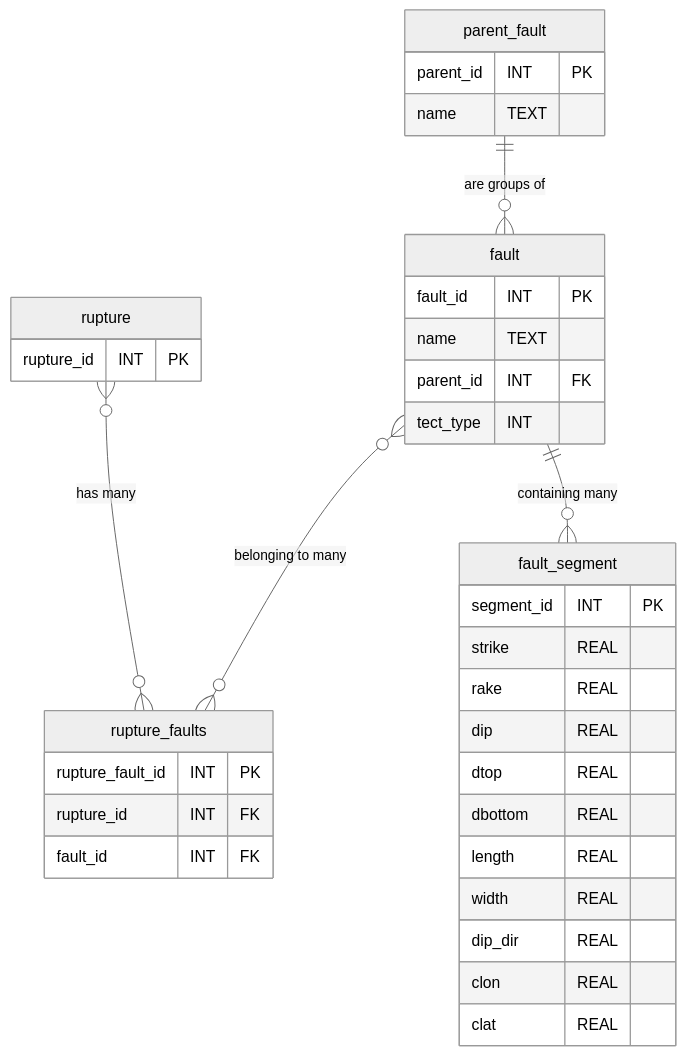
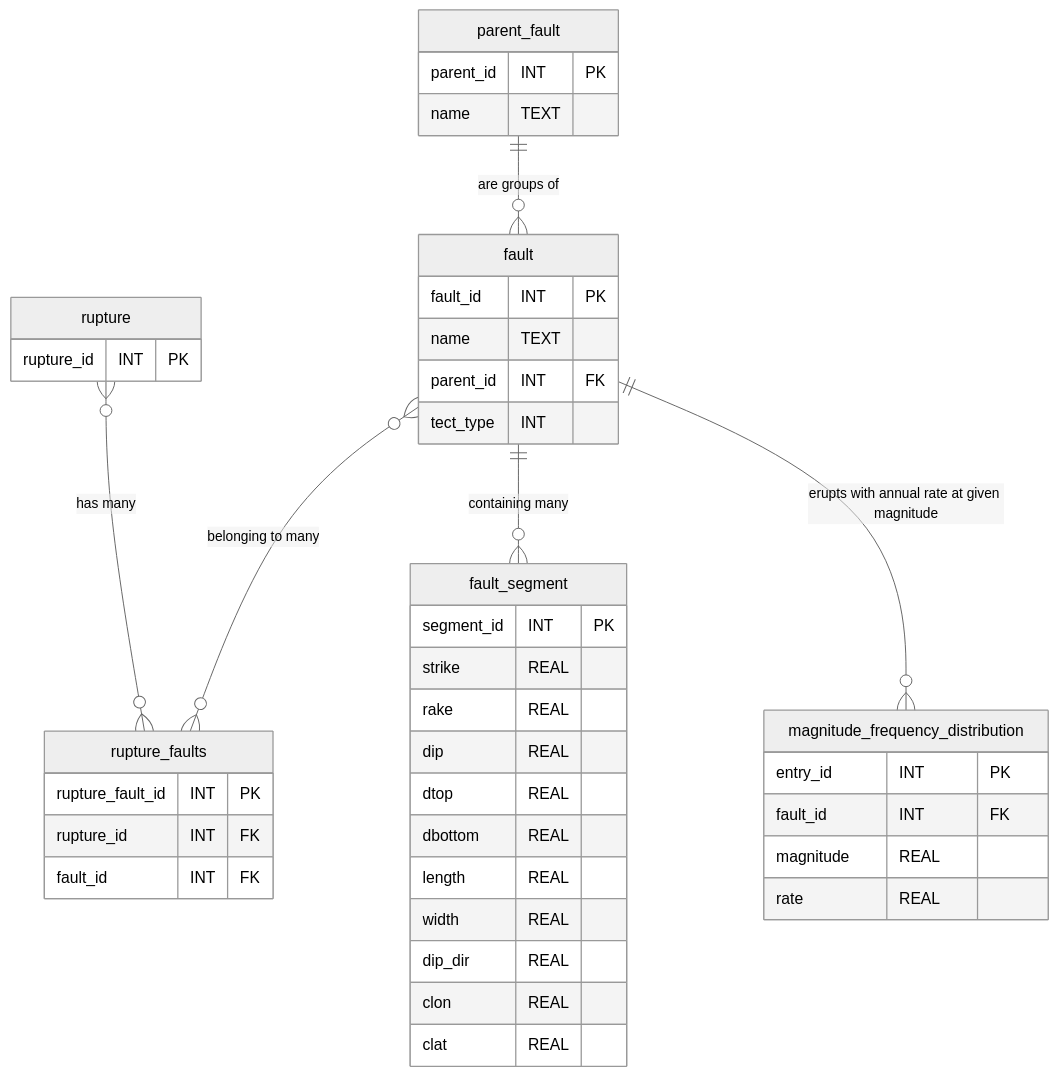
The diagram in README.md (ucgmsim/NSHM2022DB), drawn with Mermaid (neutral theme) before and after one commit.

Commit message:
document magnitude frequency distribution table

````diff
--- a/README.md
+++ b/README.md
@@ -82,43 +82,51 @@
 ```mermaid
 erDiagram
     fault {
         fault_id INT PK
         name TEXT
         parent_id INT FK
         tect_type INT
     }
 
     parent_fault {
         parent_id INT PK
         name TEXT
     }
 
     fault_segment {
         segment_id INT PK
         strike REAL
         rake REAL
         dip REAL
         dtop REAL
         dbottom REAL
         length REAL
         width REAL
         dip_dir REAL
         clon REAL
         clat REAL
     }
 
     rupture {
         rupture_id INT PK
     }
 
     rupture_faults {
         rupture_fault_id INT PK
         rupture_id INT FK
         fault_id INT FK
     }
 
+    magnitude_frequency_distribution {
+        entry_id INT PK
+        fault_id INT FK
+        magnitude REAL
+        rate REAL
+    }
+
     rupture }o--o{ rupture_faults : "has many"
     fault }o--o{ rupture_faults : "belonging to many"
     fault ||--o{ fault_segment : "containing many"
     parent_fault ||--o{ fault : "are groups of"
+    fault ||--o{ magnitude_frequency_distribution : "erupts with annual rate at given magnitude"
 ```
````
